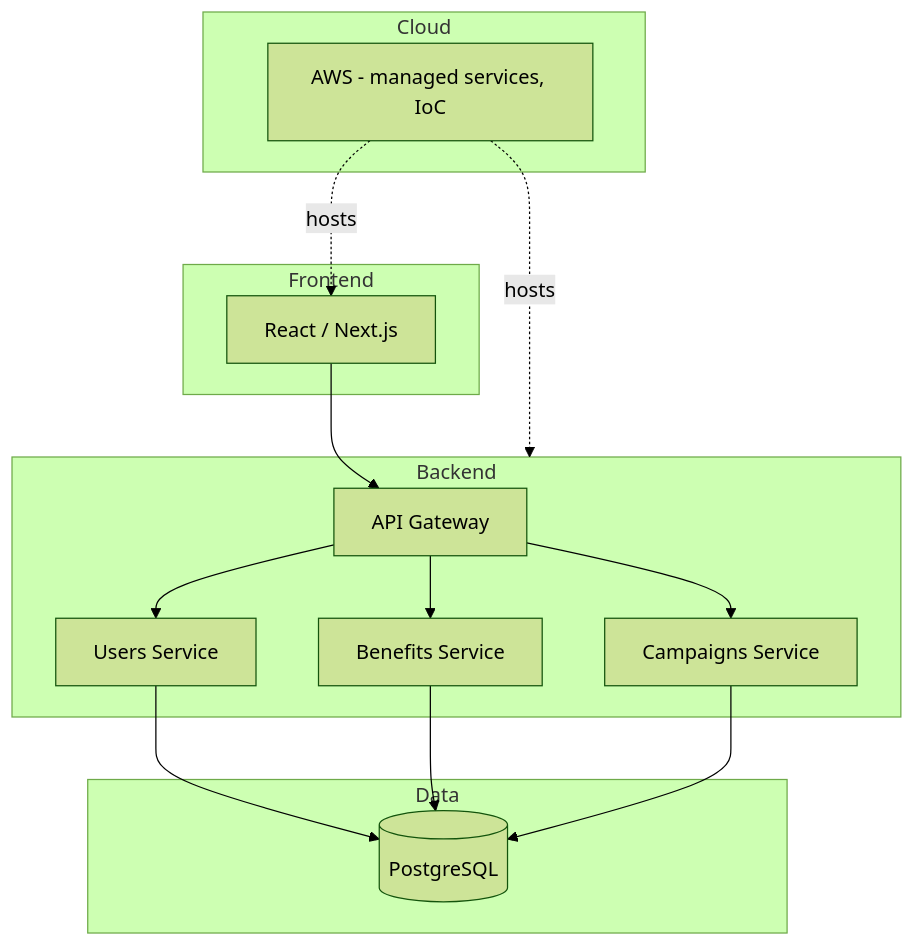
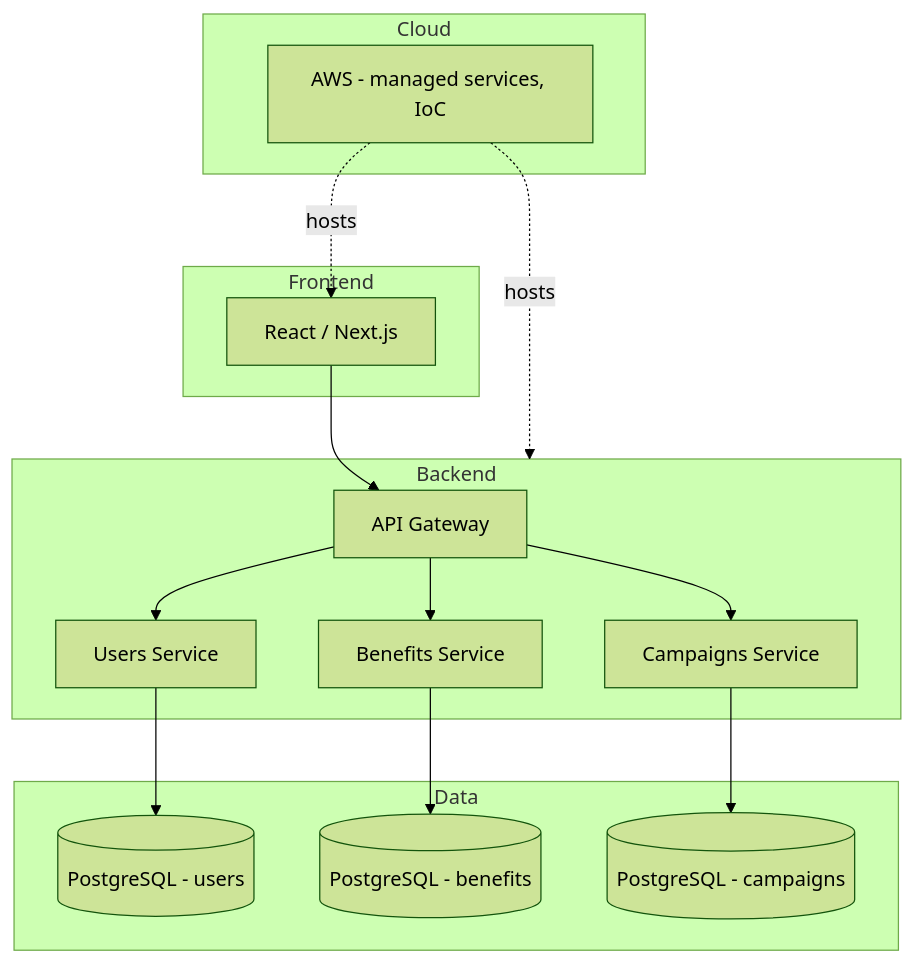
The second of 2 diagrams in projects/merchant-miles/README.md (dmjacas/danier-marante-portfolio), drawn with Mermaid (forest theme) before and after one commit. The commit also changed other lines of this file and 3 other files, not shown here.

Commit message:
docs: validate MerchantMiles architecture and data claims

````diff
--- a/projects/merchant-miles/README.md
+++ b/projects/merchant-miles/README.md
@@ -126,27 +126,29 @@
 ```mermaid
 flowchart TD
     subgraph Frontend
         Web[React / Next.js]
     end
     subgraph Backend
         GW2[API Gateway]
         U[Users Service]
         B[Benefits Service]
         C[Campaigns Service]
     end
     subgraph Data
-        PG[(PostgreSQL)]
+        PGU[(PostgreSQL - users)]
+        PGB[(PostgreSQL - benefits)]
+        PGC[(PostgreSQL - campaigns)]
     end
     subgraph Cloud
         AWS[AWS - managed services, IoC]
     end
     Web --> GW2
     GW2 --> U
     GW2 --> B
     GW2 --> C
-    U --> PG
-    B --> PG
-    C --> PG
+    U --> PGU
+    B --> PGB
+    C --> PGC
     AWS -. hosts .-> Web
     AWS -. hosts .-> Backend
 ```
````
